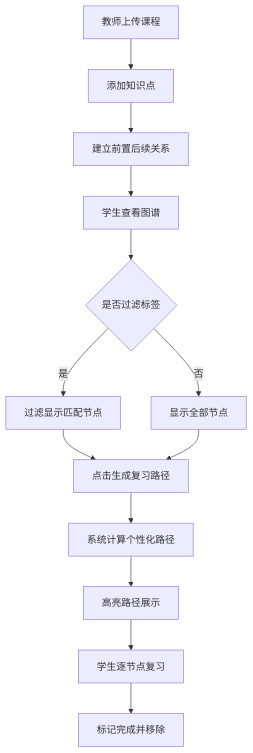
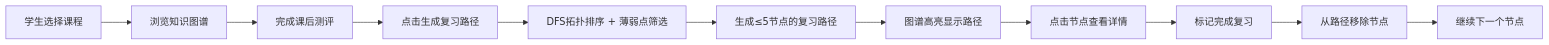
The diagram in cp3_6.17_auto5/.trae/documents/PRD.md (NUDT-ZSL/Solo), drawn with Mermaid before and after one commit. The commit also changed other lines of this file and 39 other files, not shown here.

````diff
--- a/cp3_6.17_auto5/.trae/documents/PRD.md
+++ b/cp3_6.17_auto5/.trae/documents/PRD.md
@@ -30,15 +40,13 @@
 ```mermaid
-flowchart TD
-    A[教师上传课程] --> B[添加知识点]
-    B --> C[建立前置后续关系]
-    C --> D[学生查看图谱]
-    D --> E{是否过滤标签}
-    E -->|是| F[过滤显示匹配节点]
-    E -->|否| G[显示全部节点]
-    F --> H[点击生成复习路径]
-    G --> H
-    H --> I[系统计算个性化路径]
-    I --> J[高亮路径展示]
-    J --> K[学生逐节点复习]
-    K --> L[标记完成并移除]
+flowchart LR
+    A["学生选择课程"] --> B["浏览知识图谱"]
+    B --> C["完成课后测评"]
+    C --> D["点击生成复习路径"]
+    D --> E["DFS拓扑排序 + 薄弱点筛选"]
+    E --> F["生成≤5节点的复习路径"]
+    F --> G["图谱高亮显示路径"]
+    G --> H["点击节点查看详情"]
+    H --> I["标记完成复习"]
+    I --> J["从路径移除节点"]
+    J --> K["继续下一个节点"]
 ```
````
